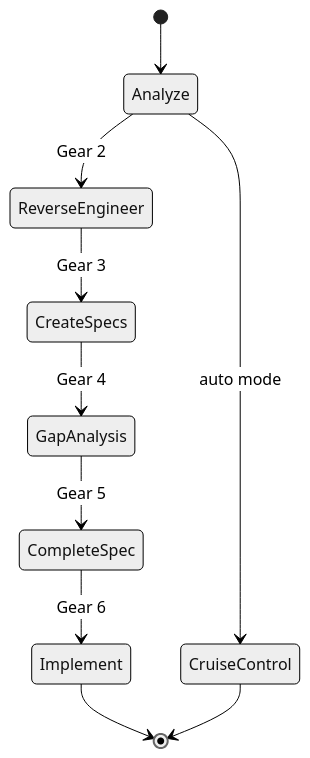
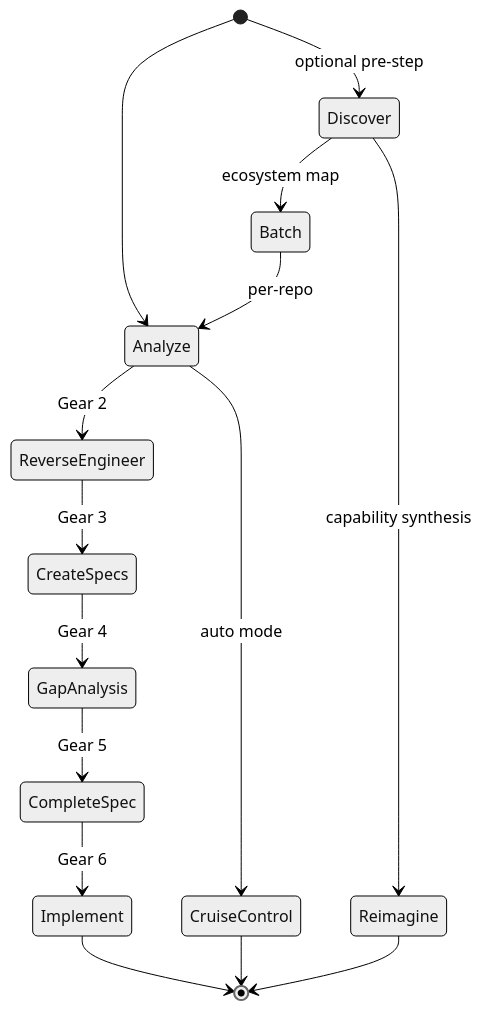
Before and after one commit to jschulte/stackshift: the first of 3 diagrams in README.md, drawn with Mermaid (neutral theme). The commit also changed other lines of this file, not shown here.

First line of the commit message:
docs: add Mermaid diagrams and expand ecosystem discovery docs in README

````diff
--- a/README.md
+++ b/README.md
@@ -65,12 +66,17 @@
 ```mermaid
 stateDiagram-v2
+    [*] --> Discover: optional pre-step
     [*] --> Analyze
+    Discover --> Batch: ecosystem map
+    Discover --> Reimagine: capability synthesis
+    Batch --> Analyze: per-repo
     Analyze --> ReverseEngineer: Gear 2
     ReverseEngineer --> CreateSpecs: Gear 3
     CreateSpecs --> GapAnalysis: Gear 4
     GapAnalysis --> CompleteSpec: Gear 5
     CompleteSpec --> Implement: Gear 6
     Analyze --> CruiseControl: auto mode
     Implement --> [*]
     CruiseControl --> [*]
+    Reimagine --> [*]
 ```
````
